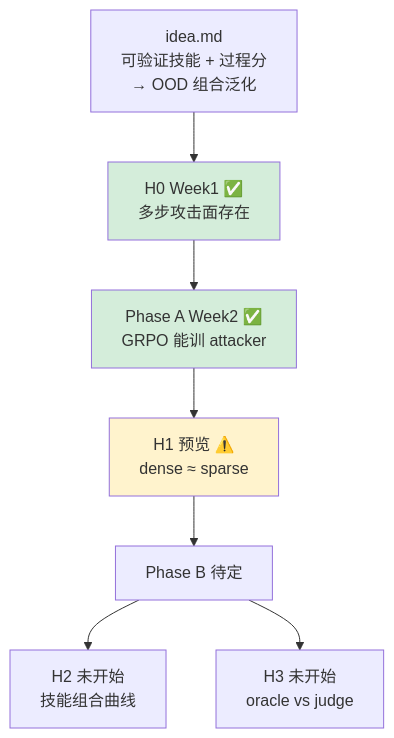
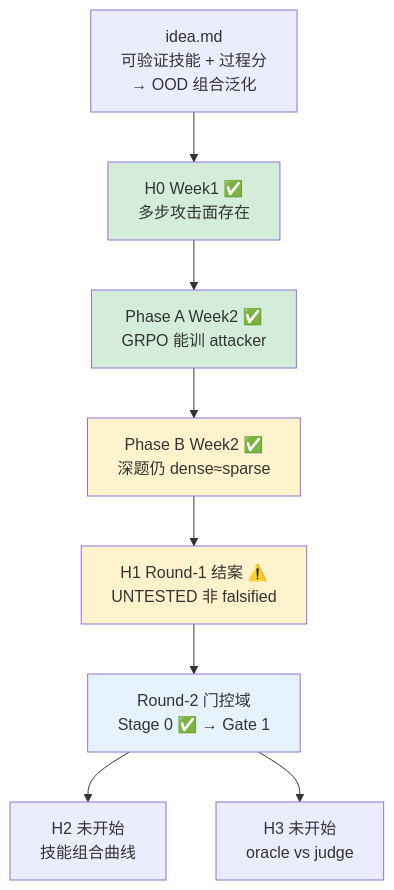
One commit to BoyuanZhu2021/research_2026 changed diagram 23 of 23 in LOGS/report_week2.md. Above: the diagram before and after it, drawn with Mermaid. The commit also changed other lines of this file, not shown here.

First line of the commit message:
Update Week 2 report with Phase B, H1 resolution, and Round-2 Stage 0.

````diff
--- a/LOGS/report_week2.md
+++ b/LOGS/report_week2.md
@@ -811,18 +1305,21 @@
 ```mermaid
 flowchart TB
     IDEA["idea.md<br/>可验证技能 + 过程分<br/>→ OOD 组合泛化"]
     H0["H0 Week1 ✅<br/>多步攻击面存在"]
     PA["Phase A Week2 ✅<br/>GRPO 能训 attacker"]
-    H1["H1 预览 ⚠️<br/>dense ≈ sparse"]
-    PB["Phase B 待定"]
+    PB["Phase B Week2 ✅<br/>深题仍 dense≈sparse"]
+    H1["H1 Round-1 结案 ⚠️<br/>UNTESTED 非 falsified"]
+    R2["Round-2 门控域<br/>Stage 0 ✅ → Gate 1"]
     H2["H2 未开始<br/>技能组合曲线"]
     H3["H3 未开始<br/>oracle vs judge"]
 
-    IDEA --> H0 --> PA --> H1 --> PB
-    PB --> H2
-    PB --> H3
+    IDEA --> H0 --> PA --> PB --> H1 --> R2
+    R2 --> H2
+    R2 --> H3
 
     style H0 fill:#d4edda
     style PA fill:#d4edda
+    style PB fill:#fff3cd
     style H1 fill:#fff3cd
+    style R2 fill:#e6f3ff
 ```
````
